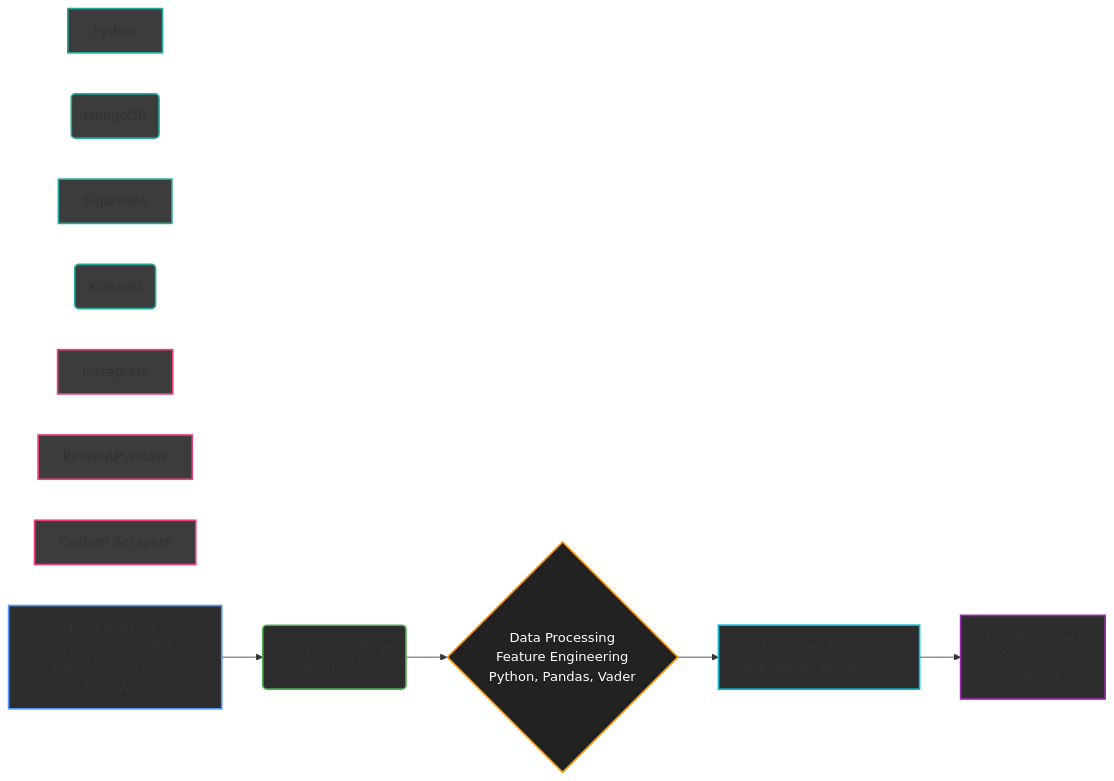
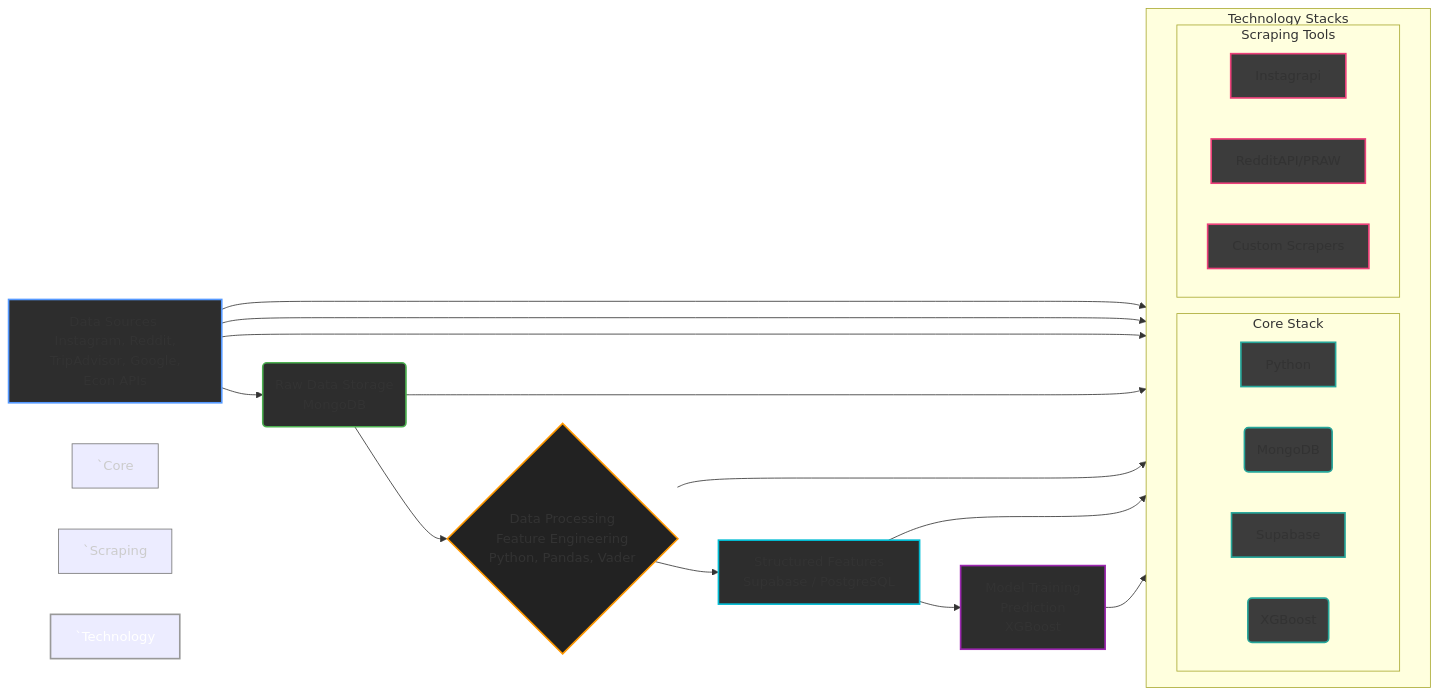
The diagram in README.md (bt4301-group-8/tourism-consultancy), drawn with Mermaid before and after one commit.

````diff
--- a/README.md
+++ b/README.md
@@ -32,41 +32,71 @@
 ```mermaid
 graph LR
 
-    %% Define Core Stack Nodes (arranged conceptually vertical)
-    P[Python]
-    MDB(MongoDB)
-    SB[Supabase]
-    XG(XGBoost)
+    %% Define Parent Subgraph for Stacks
+    subgraph Technology Stacks
+        direction LR %% Optional: suggest layout direction within this group
 
-    %% Define Scraping Tools Nodes (arranged conceptually vertical)
-    S1[Instagrapi]
-    S2[RedditAPI/PRAW]
-    S3[Custom Scrapers]
+        subgraph Core Stack
+            P[Python]
+            MDB(MongoDB)
+            SB[Supabase]
+            XG(XGBoost)
+        end
 
-    %% Define Main Pipeline Nodes
-    A[Data Sources <br/> Instagram, Reddit, <br/> TripAdvisor, Google, Econ APIs] --> B(Raw Data Storage <br/> MongoDB);
-    B --> C{Data Processing <br/> Feature Engineering <br/> Python, Pandas, Vader};
-    C --> D[Structured Features <br/> Supabase / PostgreSQL];
-    D --> E[Model Training <br/> Prediction <br/> XGBoost];
+        subgraph Scraping Tools
+            S1[Instagrapi]
+            S2[RedditAPI/PRAW]
+            S3[Custom Scrapers]
+        end
+    end
+
+    %% Define Main Pipeline Nodes (Can be defined before or after subgraphs)
+    A[Data Sources <br/> Instagram, Reddit, <br/> TripAdvisor, Google, Econ APIs]
+    B(Raw Data Storage <br/> MongoDB)
+    C{Data Processing <br/> Feature Engineering <br/> Python, Pandas, Vader}
+    D[Structured Features <br/> Supabase / PostgreSQL]
+    E[Model Training <br/> Prediction <br/> XGBoost]
+
+    %% --- CONNECTIONS ---
+
+    %% Main Pipeline Flow
+    A --> B --> C --> D --> E;
+
+    %% Connect Main Pipeline stages to the specific tools/tech used
+    %% Scraping Tools Connections (Related to Data Sources/Ingestion)
+    A --> S1
+    A --> S2
+    A --> S3
+
+    %% Core Stack Connections (Related to specific stages)
+    B --> MDB
+    C --> P 
+    D --> SB   
+    E --> XG 
 
 
     %% --- STYLING ---
 
     %% Main pipeline nodes: Dark fill, white text, distinct colored borders
     style A fill:#2D2D2D,stroke:#5599FF,stroke-width:2px,color:#FFF %% Blue border
     style B fill:#2D2D2D,stroke:#4CAF50,stroke-width:2px,color:#FFF %% Green border
-    style C fill:#222,stroke:#FF9800,stroke-width:2px,color:#FFF  
+    style C fill:#222,stroke:#FF9800,stroke-width:2px,color:#FFF %% Orange border
     style D fill:#2D2D2D,stroke:#00BCD4,stroke-width:2px,color:#FFF %% Cyan border
     style E fill:#2D2D2D,stroke:#9C27B0,stroke-width:2px,color:#FFF %% Purple border
 
     %% Core Stack Nodes: Dark fill, white text, consistent colored border (e.g., Teal)
     style P fill:#3C3C3C,stroke:#26A69A,stroke-width:2px,color:#FFF %% Teal border
     style MDB fill:#3C3C3C,stroke:#26A69A,stroke-width:2px,color:#FFF %% Teal border
     style SB fill:#3C3C3C,stroke:#26A69A,stroke-width:2px,color:#FFF %% Teal border
     style XG fill:#3C3C3C,stroke:#26A69A,stroke-width:2px,color:#FFF %% Teal border
 
     %% Scraping Tools Nodes: Dark fill, white text, consistent colored border (e.g., Pink)
     style S1 fill:#3C3C3C,stroke:#EC407A,stroke-width:2px,color:#FFF %% Pink border
     style S2 fill:#3C3C3C,stroke:#EC407A,stroke-width:2px,color:#FFF %% Pink border
     style S3 fill:#3C3C3C,stroke:#EC407A,stroke-width:2px,color:#FFF %% Pink border
+
+    %% Optional: Style the subgraphs themselves (adjust colors as needed)
+    style `Core Stack` fill:#1f1f1f,stroke:#777,stroke-width:1px,color:#CCC
+    style `Scraping Tools` fill:#1f1f1f,stroke:#777,stroke-width:1px,color:#CCC
+    style `Technology Stacks` fill:#111,stroke:#999,stroke-width:2px,color:#FFF,stroke-dasharray: 5 5 %% Dashed border for parent
 ```
````
